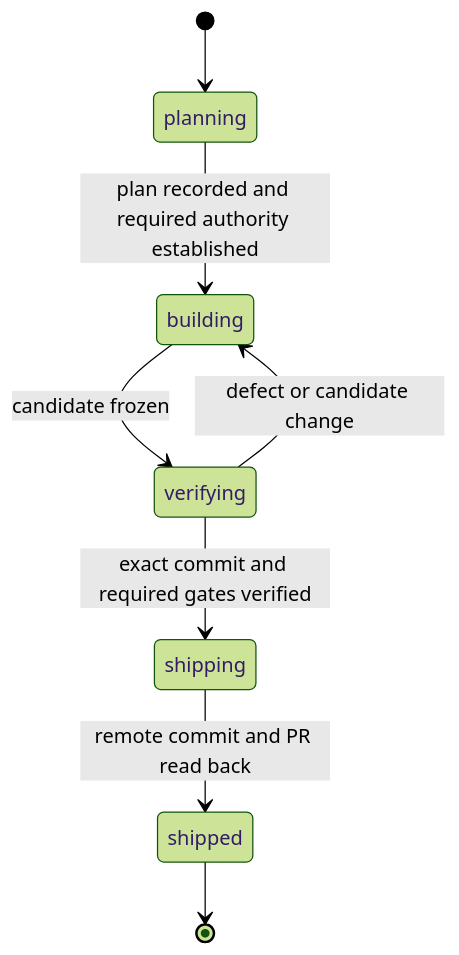
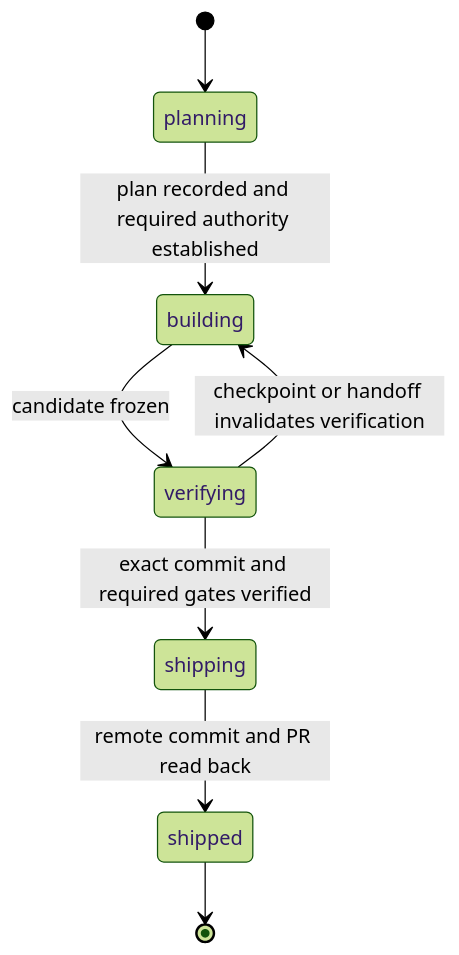
The diagram in docs/plans/2026-10-24-cross-host-workflow-design.md (all-source-os/allstack), drawn with Mermaid (forest theme) before and after one commit. The commit also changed other lines of this file and 51 other files, not shown here.

````diff
--- a/docs/plans/2026-10-24-cross-host-workflow-design.md
+++ b/docs/plans/2026-10-24-cross-host-workflow-design.md
@@ -78,10 +84,10 @@
 ```mermaid
 stateDiagram-v2
     [*] --> planning
     planning --> building: plan recorded and required authority established
     building --> verifying: candidate frozen
-    verifying --> building: defect or candidate change
+    verifying --> building: checkpoint or handoff invalidates verification
     verifying --> shipping: exact commit and required gates verified
     shipping --> shipped: remote commit and PR read back
     shipped --> [*]
 ```
````
